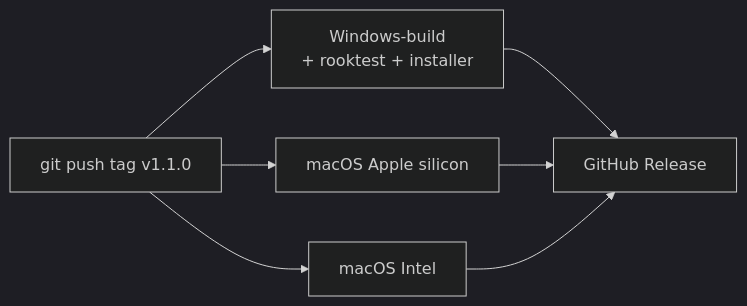
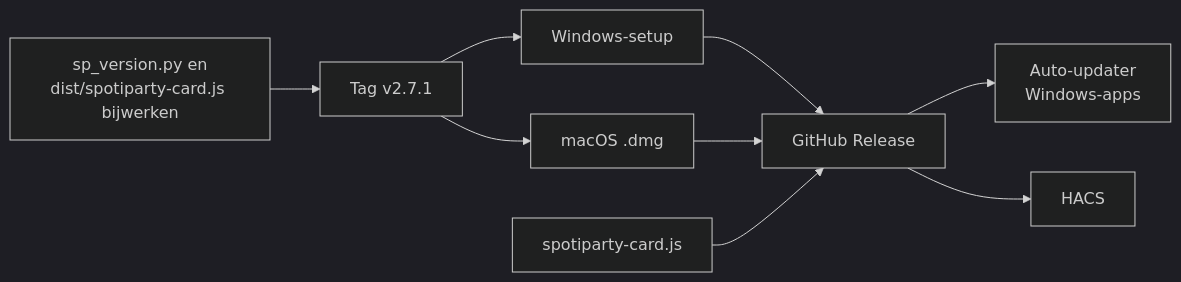
Before and after one commit to CodeAura/SpotiParty: the diagram in docs/ontwikkelaars/release-maken.md, drawn with Mermaid (dark theme). The commit also changed other lines of this file and 28 other files, not shown here.

````diff
--- a/docs/ontwikkelaars/release-maken.md
+++ b/docs/ontwikkelaars/release-maken.md
@@ -32,9 +85,11 @@
 ```mermaid
 flowchart LR
-    T[git push tag v1.1.0] --> W[Windows-build<br/>+ rooktest + installer]
-    T --> M1[macOS Apple silicon]
-    T --> M2[macOS Intel]
+    V[sp_version.py en<br/>dist/spotiparty-card.js bijwerken] --> T[Tag v2.7.1]
+    T --> W[Windows-setup]
+    T --> M[macOS .dmg]
     W --> R[GitHub Release]
-    M1 --> R
-    M2 --> R
+    M --> R
+    C[spotiparty-card.js] --> R
+    R --> U[Auto-updater<br/>Windows-apps]
+    R --> H[HACS]
 ```
````
